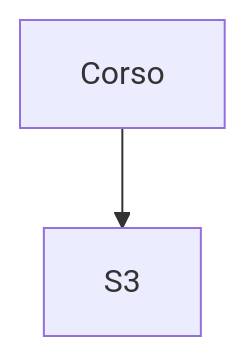
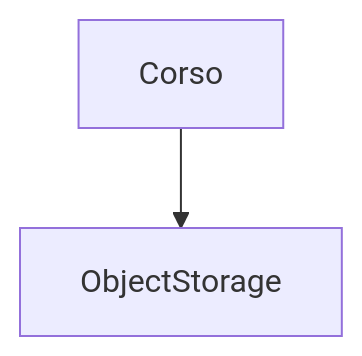
One commit to alcionai/corso changed the diagram in docs/docs/concepts/corso-repository-and-configuration.md. Above: the diagram before and after it, drawn with Mermaid. The commit also changed other lines of this file, not shown here.

Commit message:
Add minimal S3 configuration for Corso

````diff
--- a/docs/docs/concepts/corso-repository-and-configuration.md
+++ b/docs/docs/concepts/corso-repository-and-configuration.md
@@ -9,4 +12,4 @@
 ```mermaid
 graph TD;
-    Corso-->S3;
+    Corso-->ObjectStorage;
 ```
````
